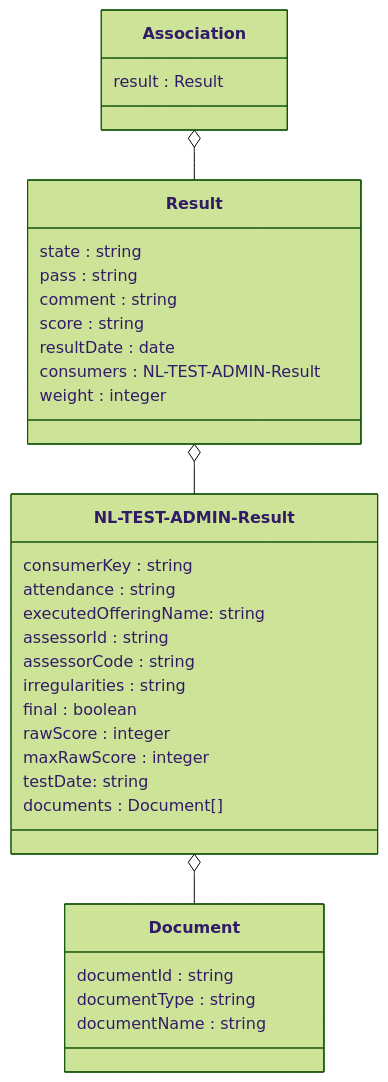
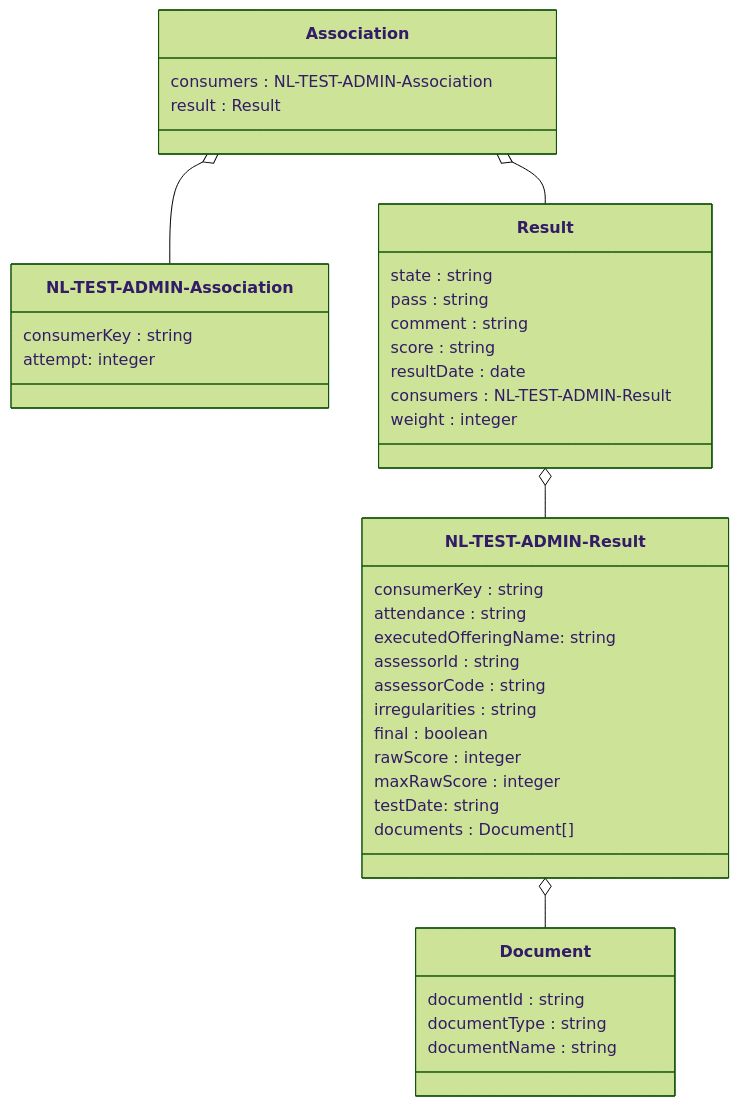
Before and after one commit to NetwerkExamineringDigitalisering/NED-OOAPI: the second of 2 diagrams in doc/flow5.md, drawn with Mermaid (forest theme). The commit also changed 1 other file, not shown here.

Commit message:
improve flow5 #68

````diff
--- a/doc/flow5.md
+++ b/doc/flow5.md
@@ -24,36 +24,42 @@
 ```mermaid
 classDiagram
     class Association {
+        consumers : NL-TEST-ADMIN-Association
     	result : Result
+    }
+    class `NL-TEST-ADMIN-Association` {
+        consumerKey : string
+        attempt: integer
     }
     class Result {
     	state : string
         pass : string
         comment : string
         score : string
         resultDate : date
         consumers : NL-TEST-ADMIN-Result
         weight : integer
     }
     class `NL-TEST-ADMIN-Result` {
         consumerKey : string
         attendance : string
         executedOfferingName: string
         assessorId : string
         assessorCode : string 
         irregularities : string
         final : boolean 
         rawScore : integer 
         maxRawScore : integer
         testDate: string
         documents : Document[]
     }
     class Document {
         documentId : string
         documentType : string
         documentName : string
     }
     Association o-- Result
+    Association o-- `NL-TEST-ADMIN-Association`
     Result o-- `NL-TEST-ADMIN-Result`
     `NL-TEST-ADMIN-Result` o-- Document
 ```
````
